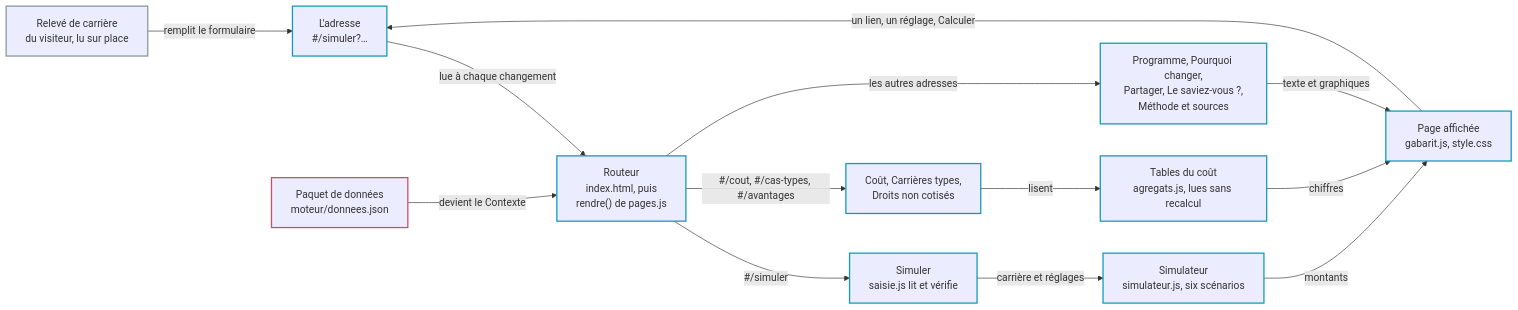
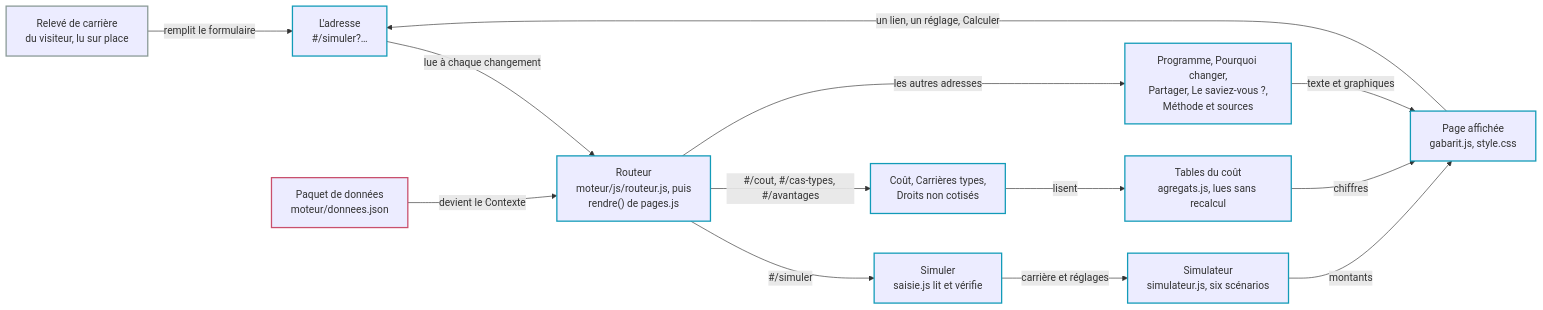
Before and after one commit to g-pliberal/retraitecomptenotionelle: the second of 4 diagrams in docs/carte_du_depot.md, drawn with Mermaid. The commit also changed 9 other files, not shown here.

First line of the commit message:
Action 174, étape 4 (a) : le routeur sort d'index.html dans son module

````diff
--- a/docs/carte_du_depot.md
+++ b/docs/carte_du_depot.md
@@ -88,33 +88,33 @@
 ```mermaid
 flowchart LR
   adresse["L'adresse<br/>#/simuler?…"]
   releve["Relevé de carrière<br/>du visiteur, lu sur place"]
   paquet["Paquet de données<br/>moteur/donnees.json"]
-  routeur["Routeur<br/>index.html, puis<br/>rendre() de pages.js"]
+  routeur["Routeur<br/>moteur/js/routeur.js, puis<br/>rendre() de pages.js"]
   simuler["Simuler<br/>saisie.js lit et vérifie"]
   agregees["Coût, Carrières types,<br/>Droits non cotisés"]
   texte["Programme, Pourquoi changer,<br/>Partager, Le saviez-vous ?,<br/>Méthode et sources"]
   simulateur["Simulateur<br/>simulateur.js, six scénarios"]
   agregats["Tables du coût<br/>agregats.js, lues sans recalcul"]
   ecran["Page affichée<br/>gabarit.js, style.css"]
 
   adresse -->|"lue à chaque changement"| routeur
   paquet -->|"devient le Contexte"| routeur
   routeur -->|"#/simuler"| simuler
   routeur -->|"#/cout, #/cas-types, #/avantages"| agregees
   routeur -->|"les autres adresses"| texte
   simuler -->|"carrière et réglages"| simulateur
   agregees -->|"lisent"| agregats
   simulateur -->|"montants"| ecran
   agregats -->|"chiffres"| ecran
   texte -->|"texte et graphiques"| ecran
   releve -->|"remplit le formulaire"| adresse
   ecran -->|"un lien, un réglage, Calculer"| adresse
 
   classDef z_dehors stroke:#8a9a97,stroke-width:2px
   classDef z_site stroke:#129bb8,stroke-width:2px
   classDef z_atelier stroke:#c9506d,stroke-width:2px
   class releve z_dehors
   class paquet z_atelier
   class adresse,routeur,simuler,agregees,texte,simulateur,agregats,ecran z_site
 ```
````
